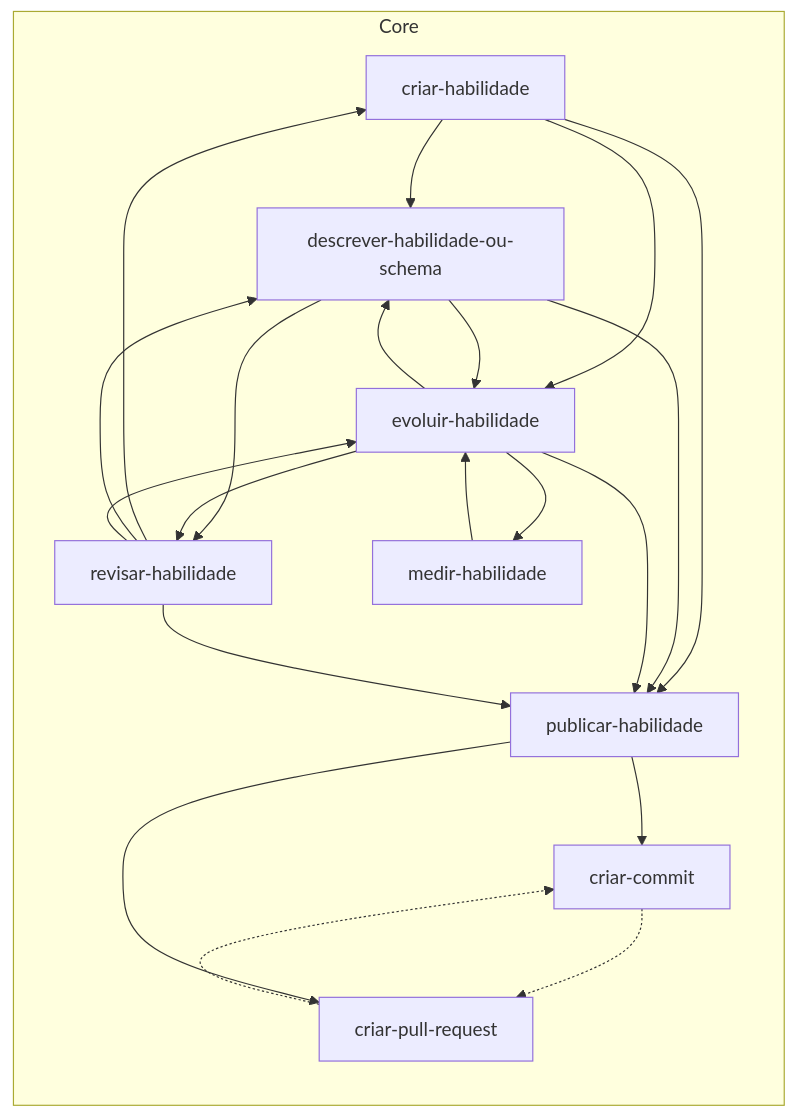
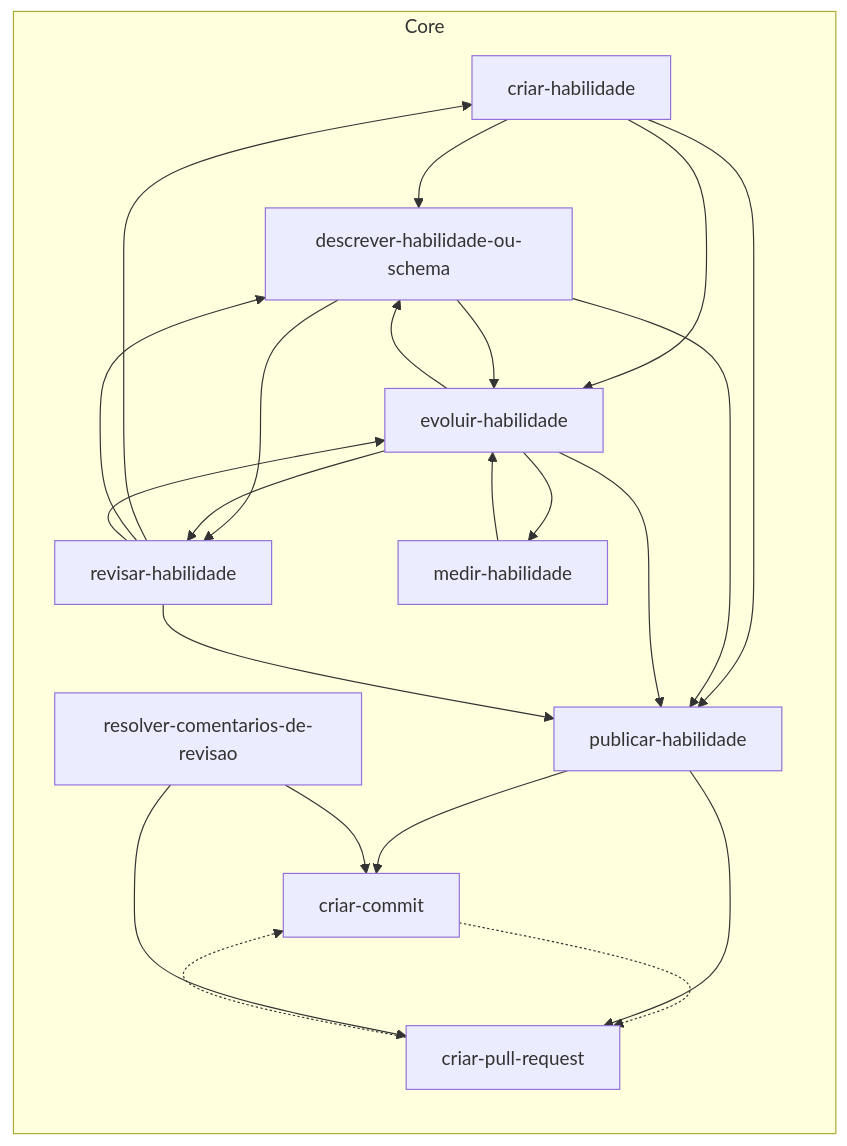
Before and after one commit to jimmyandrade/harness: the diagram in .agents/skills/README.md, drawn with Mermaid. The commit also changed 5 other files, not shown here.

First line of the commit message:
feat(resolver-comentarios-de-revisao): handle the review comments of a pull request (#28)

````diff
--- a/.agents/skills/README.md
+++ b/.agents/skills/README.md
@@ -11,32 +11,35 @@
 ```mermaid
 flowchart LR
   subgraph core["Core"]
     criar_commit["criar-commit"]
     criar_habilidade["criar-habilidade"]
     criar_pull_request["criar-pull-request"]
     descrever_habilidade_ou_schema["descrever-habilidade-ou-schema"]
     evoluir_habilidade["evoluir-habilidade"]
     medir_habilidade["medir-habilidade"]
     publicar_habilidade["publicar-habilidade"]
+    resolver_comentarios_de_revisao["resolver-comentarios-de-revisao"]
     revisar_habilidade["revisar-habilidade"]
   end
   criar_commit -.-> criar_pull_request
   criar_habilidade --> descrever_habilidade_ou_schema
   criar_habilidade --> evoluir_habilidade
   criar_habilidade --> publicar_habilidade
   criar_pull_request -.-> criar_commit
   descrever_habilidade_ou_schema --> evoluir_habilidade
   descrever_habilidade_ou_schema --> publicar_habilidade
   descrever_habilidade_ou_schema --> revisar_habilidade
   evoluir_habilidade --> descrever_habilidade_ou_schema
   evoluir_habilidade --> medir_habilidade
   evoluir_habilidade --> publicar_habilidade
   evoluir_habilidade --> revisar_habilidade
   medir_habilidade --> evoluir_habilidade
   publicar_habilidade --> criar_commit
   publicar_habilidade --> criar_pull_request
+  resolver_comentarios_de_revisao --> criar_commit
+  resolver_comentarios_de_revisao --> criar_pull_request
   revisar_habilidade --> criar_habilidade
   revisar_habilidade --> descrever_habilidade_ou_schema
   revisar_habilidade --> evoluir_habilidade
   revisar_habilidade --> publicar_habilidade
 ```
````
